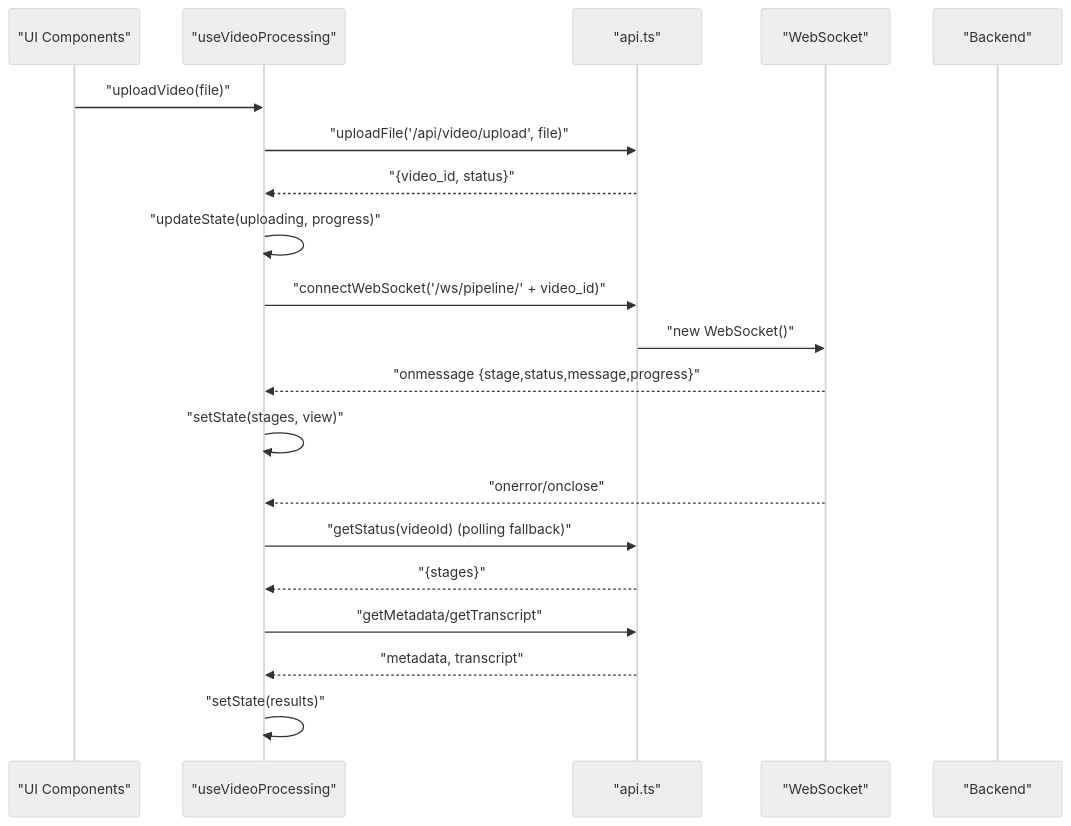
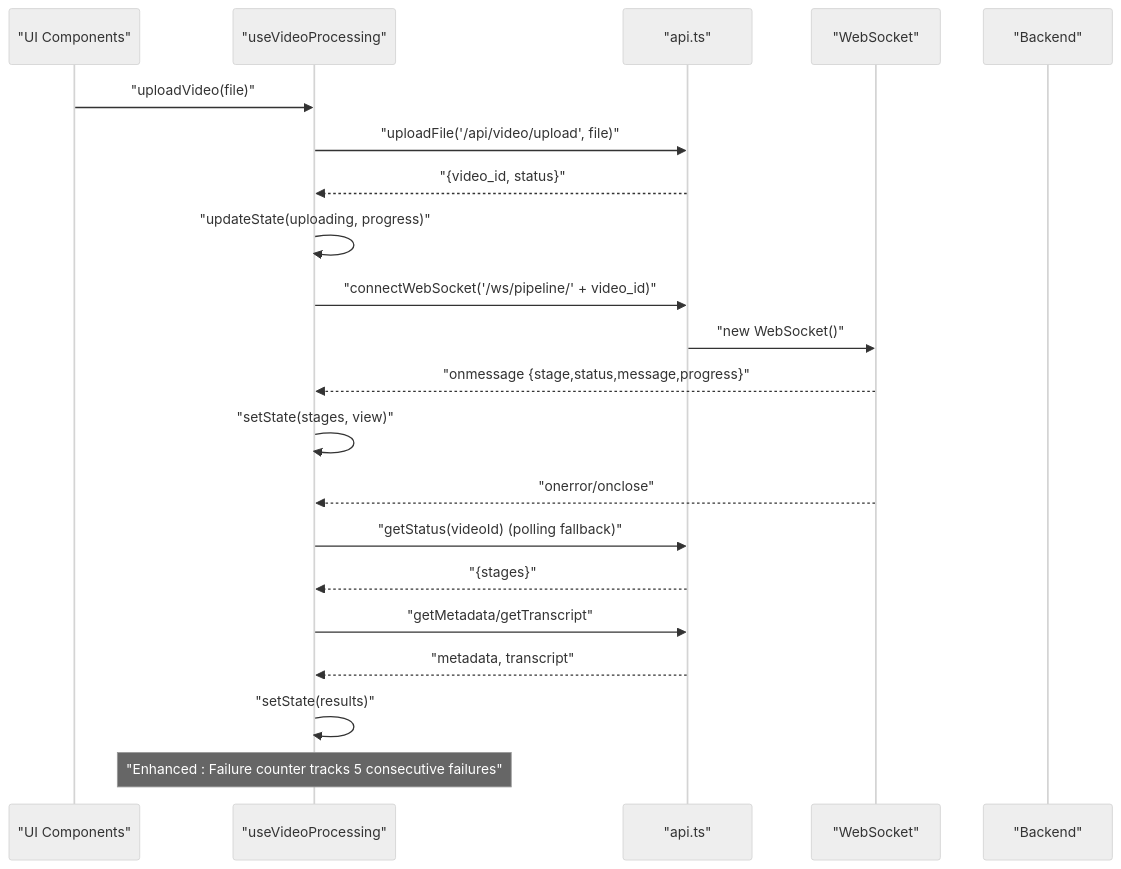
Before and after one commit to alexandreybasta-cyber/dubai-media-ai: the second of 3 diagrams in .qoder/repowiki/en/content/Frontend Application/API Integration & State Management.md, drawn with Mermaid (neutral theme). The commit also changed other lines of this file and 21 other files, not shown here.

````diff
--- a/.qoder/repowiki/en/content/Frontend Application/API Integration & State Management.md
+++ b/.qoder/repowiki/en/content/Frontend Application/API Integration & State Management.md
@@ -152,22 +163,23 @@
 ```mermaid
 sequenceDiagram
 participant UI as "UI Components"
 participant Hook as "useVideoProcessing"
 participant API as "api.ts"
 participant WS as "WebSocket"
 participant BE as "Backend"
 UI->>Hook : "uploadVideo(file)"
 Hook->>API : "uploadFile('/api/video/upload', file)"
 API-->>Hook : "{video_id, status}"
 Hook->>Hook : "updateState(uploading, progress)"
 Hook->>API : "connectWebSocket('/ws/pipeline/' + video_id)"
 API->>WS : "new WebSocket()"
 WS-->>Hook : "onmessage {stage,status,message,progress}"
 Hook->>Hook : "setState(stages, view)"
 WS-->>Hook : "onerror/onclose"
 Hook->>API : "getStatus(videoId) (polling fallback)"
 API-->>Hook : "{stages}"
 Hook->>API : "getMetadata/getTranscript"
 API-->>Hook : "metadata, transcript"
 Hook->>Hook : "setState(results)"
+Note over Hook : "Enhanced : Failure counter tracks 5 consecutive failures"
 ```
````
